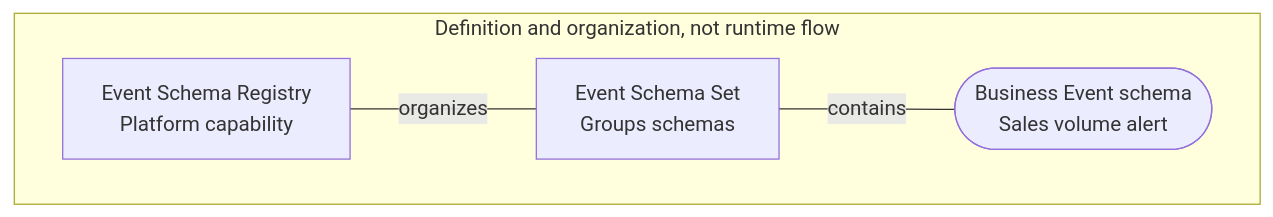
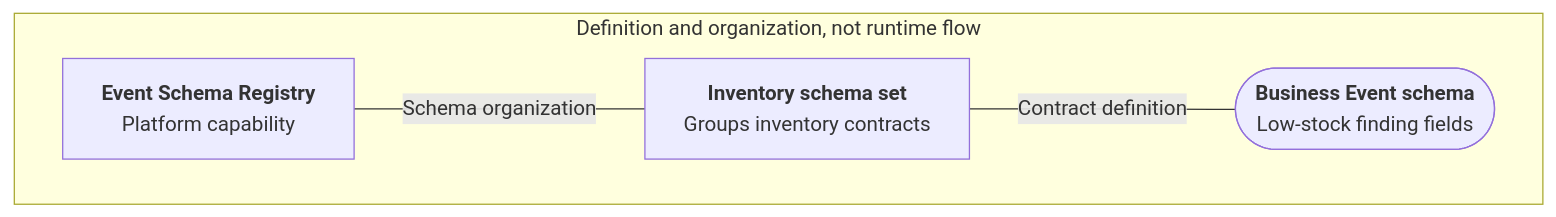
Before and after one commit to microsoft/fabric-events: the second of 3 diagrams in docs/business-events/introduction/architecture-overview.md, drawn with Mermaid. The commit also changed other lines of this file and 225 other files, not shown here.

````diff
--- a/docs/business-events/introduction/architecture-overview.md
+++ b/docs/business-events/introduction/architecture-overview.md
@@ -48,10 +42,10 @@
 ```mermaid
 flowchart TB
     subgraph Definition["Definition and organization, not runtime flow"]
-        ESR["Event Schema Registry<br/>Platform capability"]
-        SS["Event Schema Set<br/>Groups schemas"]
-        BE(["Business Event schema<br/>Sales volume alert"])
-        ESR ---|organizes| SS
-        SS ---|contains| BE
+        ESR["<b>Event Schema Registry</b><br/>Platform capability"]
+        SS["<b>Inventory schema set</b><br/>Groups inventory contracts"]
+        BE(["<b>Business Event schema</b><br/>Low-stock finding fields"])
+        ESR ---|"Schema organization"| SS
+        SS ---|"Contract definition"| BE
     end
 ```
````
